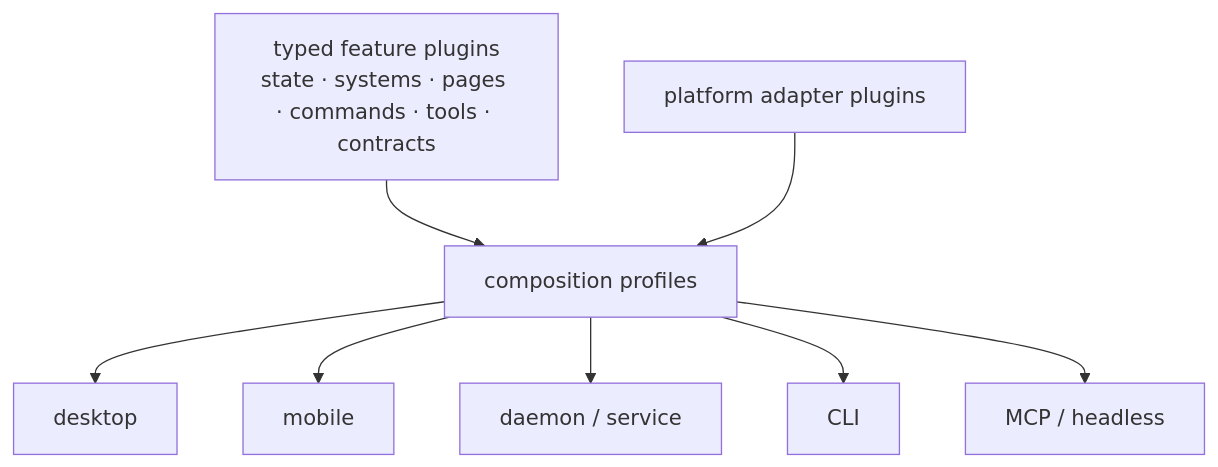
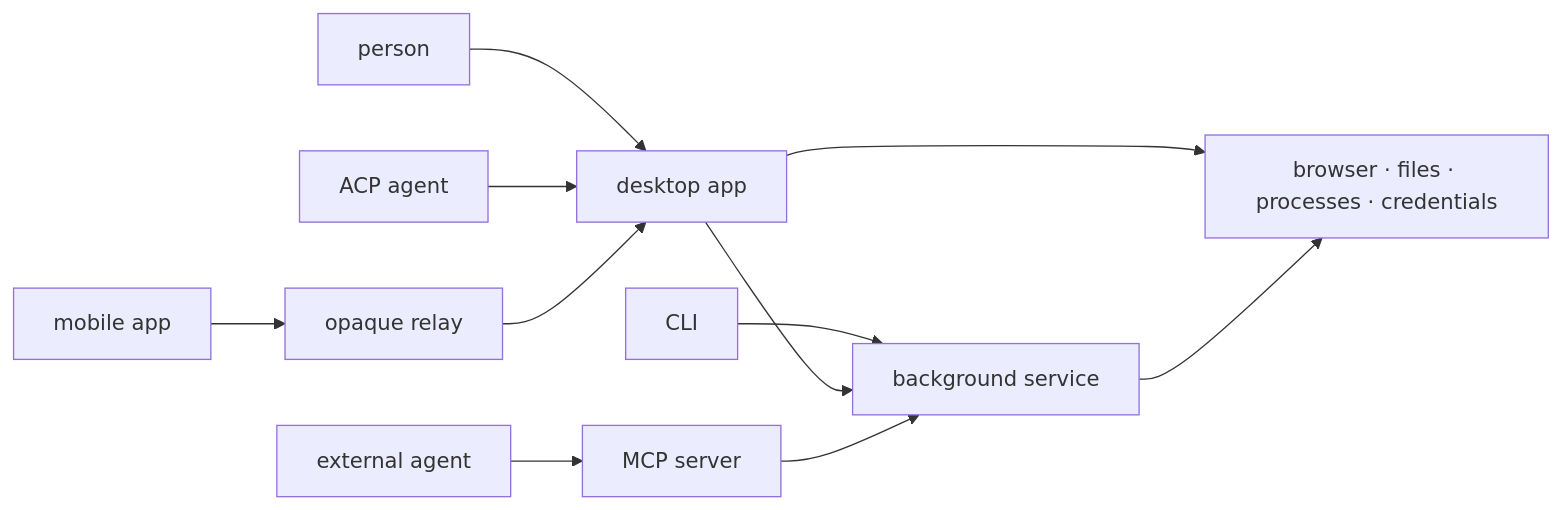
Before and after one commit to vmux-ai/vmux: the first of 8 diagrams in docs/architecture.md, drawn with Mermaid. The commit also changed other lines of this file and 21 other files, not shown here.

````diff
--- a/docs/architecture.md
+++ b/docs/architecture.md
@@ -53,19 +20,13 @@
 ```mermaid
-flowchart TB
-    features["typed feature plugins<br/>state · systems · pages · commands · tools · contracts"]
-    profiles["composition profiles"]
-    adapters["platform adapter plugins"]
-    desktop["desktop"]
-    mobile["mobile"]
-    service["daemon / service"]
-    cli["CLI"]
-    mcp["MCP / headless"]
-
-    features --> profiles
-    adapters --> profiles
-    profiles --> desktop
-    profiles --> mobile
-    profiles --> service
-    profiles --> cli
-    profiles --> mcp
+flowchart LR
+    person["person"] --> desktop["desktop app"]
+    agent["ACP agent"] --> desktop
+    external["external agent"] --> mcp["MCP server"]
+    cli["CLI"] --> service["background service"]
+    desktop --> service
+    mcp --> service
+    phone["mobile app"] --> relay["opaque relay"]
+    relay --> desktop
+    desktop --> host["browser · files · processes · credentials"]
+    service --> host
 ```
````
